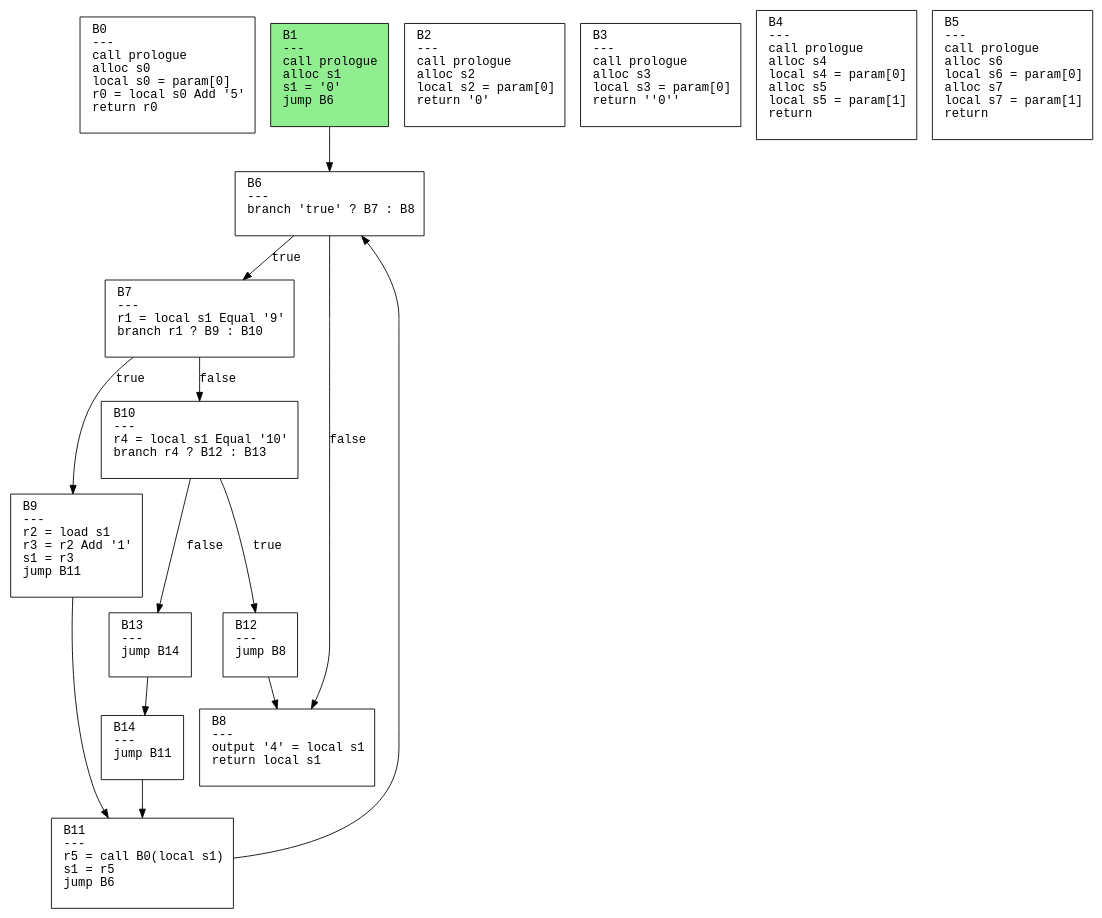
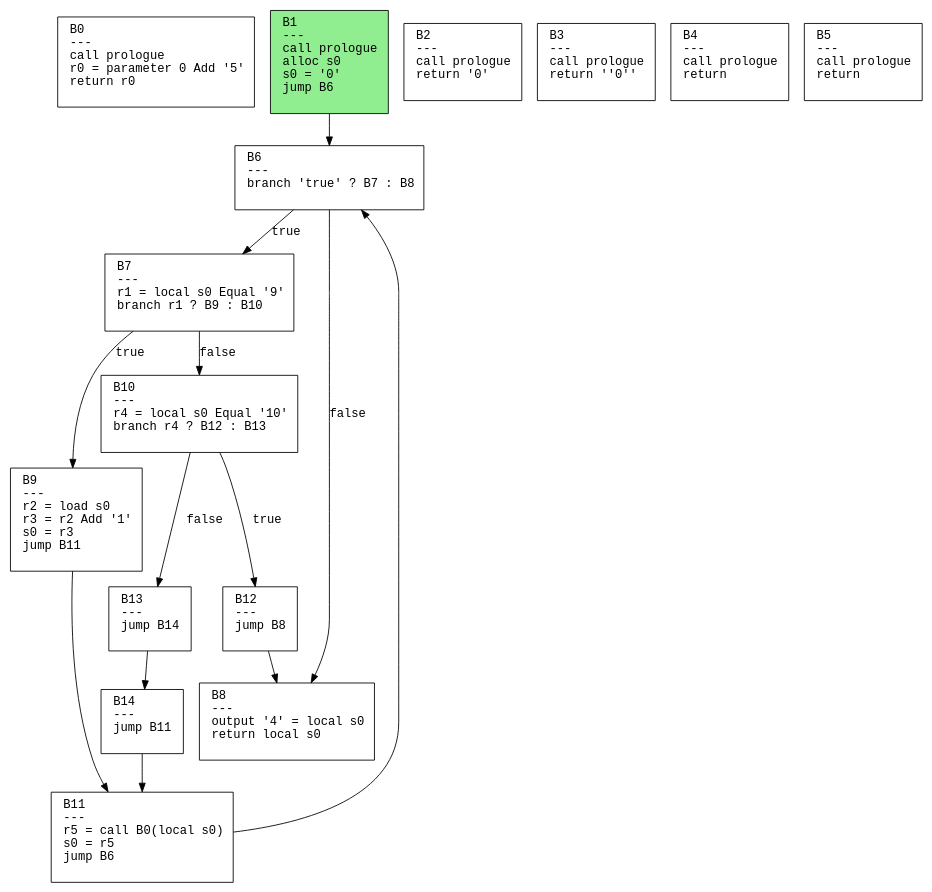
Before and after one commit to safarislava/ProcTranslator: the diagram in schemes/while.dot, drawn with Graphviz. The commit also changed 26 other files, not shown here.

```diff
--- a/schemes/while.dot
+++ b/schemes/while.dot
@@ -1,34 +1,34 @@
 digraph CFG {
   rankdir=TB;
   node [shape=box, fontname="Courier", style=filled, fillcolor=white, margin="0.2,0.1"];
   edge [fontname="Courier"];
 
-  "B0" [label="B0\l---\lcall prologue\lalloc s0\llocal s0 = param[0]\lr0 = local s0 Add '5'\lreturn r0\l "];
-  "B1" [label="B1\l---\lcall prologue\lalloc s1\ls1 = '0'\ljump B6\l "];
-  "B2" [label="B2\l---\lcall prologue\lalloc s2\llocal s2 = param[0]\lreturn '0'\l "];
-  "B3" [label="B3\l---\lcall prologue\lalloc s3\llocal s3 = param[0]\lreturn ''0''\l "];
-  "B4" [label="B4\l---\lcall prologue\lalloc s4\llocal s4 = param[0]\lalloc s5\llocal s5 = param[1]\lreturn\l "];
-  "B5" [label="B5\l---\lcall prologue\lalloc s6\llocal s6 = param[0]\lalloc s7\llocal s7 = param[1]\lreturn\l "];
+  "B0" [label="B0\l---\lcall prologue\lr0 = parameter 0 Add '5'\lreturn r0\l "];
+  "B1" [label="B1\l---\lcall prologue\lalloc s0\ls0 = '0'\ljump B6\l "];
+  "B2" [label="B2\l---\lcall prologue\lreturn '0'\l "];
+  "B3" [label="B3\l---\lcall prologue\lreturn ''0''\l "];
+  "B4" [label="B4\l---\lcall prologue\lreturn\l "];
+  "B5" [label="B5\l---\lcall prologue\lreturn\l "];
   "B6" [label="B6\l---\lbranch 'true' ? B7 : B8\l "];
-  "B7" [label="B7\l---\lr1 = local s1 Equal '9'\lbranch r1 ? B9 : B10\l "];
-  "B8" [label="B8\l---\loutput '4' = local s1\lreturn local s1\l "];
-  "B9" [label="B9\l---\lr2 = load s1\lr3 = r2 Add '1'\ls1 = r3\ljump B11\l "];
-  "B10" [label="B10\l---\lr4 = local s1 Equal '10'\lbranch r4 ? B12 : B13\l "];
-  "B11" [label="B11\l---\lr5 = call B0(local s1)\ls1 = r5\ljump B6\l "];
+  "B7" [label="B7\l---\lr1 = local s0 Equal '9'\lbranch r1 ? B9 : B10\l "];
+  "B8" [label="B8\l---\loutput '4' = local s0\lreturn local s0\l "];
+  "B9" [label="B9\l---\lr2 = load s0\lr3 = r2 Add '1'\ls0 = r3\ljump B11\l "];
+  "B10" [label="B10\l---\lr4 = local s0 Equal '10'\lbranch r4 ? B12 : B13\l "];
+  "B11" [label="B11\l---\lr5 = call B0(local s0)\ls0 = r5\ljump B6\l "];
   "B12" [label="B12\l---\ljump B8\l "];
   "B13" [label="B13\l---\ljump B14\l "];
   "B14" [label="B14\l---\ljump B11\l "];
   "B1" -> "B6";
   "B6" -> "B7" [label="true"];
   "B6" -> "B8" [label="false"];
   "B7" -> "B9" [label="true"];
   "B7" -> "B10" [label="false"];
   "B9" -> "B11";
   "B10" -> "B12" [label="true"];
   "B10" -> "B13" [label="false"];
   "B11" -> "B6";
   "B12" -> "B8";
   "B13" -> "B14";
   "B14" -> "B11";
   "B1" [fillcolor=lightgreen];
 }
```
